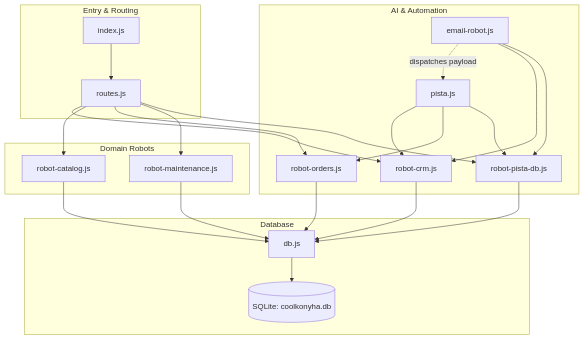
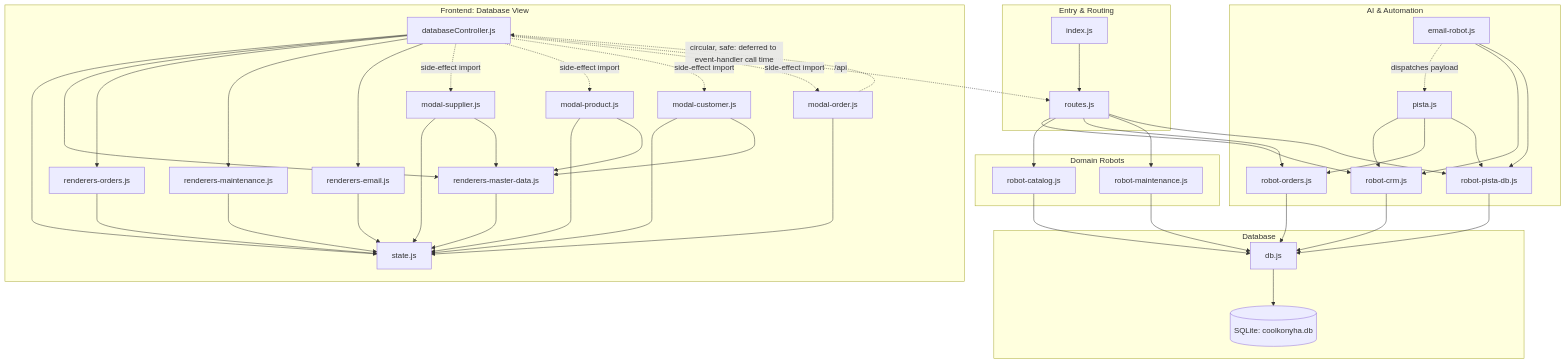
The diagram in docs/architecture/module-map/index.md (blian24/coolkonyha-solo-vibe), drawn with Mermaid before and after one commit. The commit also changed other lines of this file and 25 other files, not shown here.

````diff
--- a/docs/architecture/module-map/index.md
+++ b/docs/architecture/module-map/index.md
@@ -37,32 +47,57 @@
 ```mermaid
 graph TD
     subgraph AppEntry[Entry & Routing]
         IDX[index.js] --> RT[routes.js]
     end
 
     subgraph AIRobot[AI & Automation]
         ER[email-robot.js] -. dispatches payload .-> PS[pista.js]
         ER --> RCRM[robot-crm.js]
         ER --> RPDB[robot-pista-db.js]
         PS --> RCRM
         PS --> RORD[robot-orders.js]
         PS --> RPDB
     end
 
     subgraph DataRobots[Domain Robots]
         RT --> RCRM
         RT --> RCAT[robot-catalog.js]
         RT --> RORD
         RT --> RMAIN[robot-maintenance.js]
         RT --> RPDB
     end
 
     subgraph Storage[Database]
         RCRM --> DB[db.js]
         RCAT --> DB
         RORD --> DB
         RMAIN --> DB
         RPDB --> DB
         DB --> SQLITE[(SQLite: coolkonyha.db)]
     end
+
+    subgraph DbView[Frontend: Database View]
+        DBC[databaseController.js] --> DBS[state.js]
+        DBC --> RMD[renderers-master-data.js]
+        DBC --> RO[renderers-orders.js]
+        DBC --> RM2[renderers-maintenance.js]
+        DBC --> RE[renderers-email.js]
+        DBC -.->|side-effect import| MS[modal-supplier.js]
+        DBC -.->|side-effect import| MP[modal-product.js]
+        DBC -.->|side-effect import| MC[modal-customer.js]
+        DBC -.->|side-effect import| MO[modal-order.js]
+        RMD --> DBS
+        RO --> DBS
+        RM2 --> DBS
+        RE --> DBS
+        MS --> DBS
+        MP --> DBS
+        MC --> DBS
+        MO --> DBS
+        MS --> RMD
+        MP --> RMD
+        MC --> RMD
+        MO -.->|circular, safe: deferred to event-handler call time| DBC
+        DBC -.->|/api| RT
+    end
 ```
````
